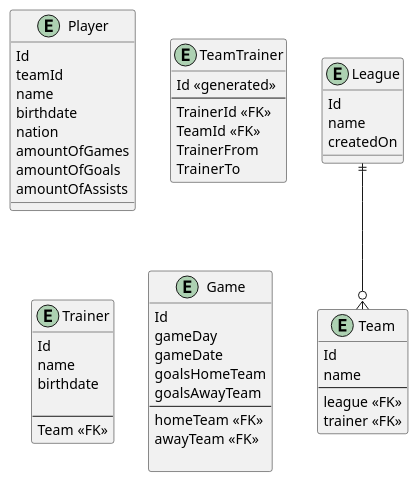
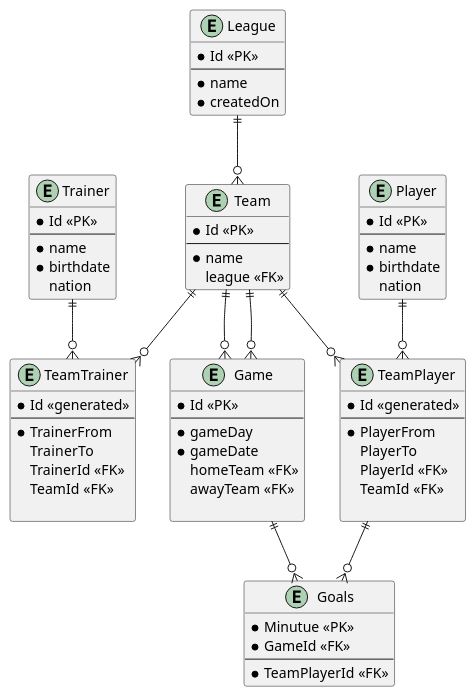
One commit to BojanTRB/nationsLeague changed the diagram in model.puml. Above: the diagram before and after it, drawn with PlantUML.

```diff
--- a/model.puml
+++ b/model.puml
@@ -1,55 +1,75 @@
 entity League{
-    Id 
-    name
-    createdOn
+    * Id <<PK>>
+    --
+    * name
+    * createdOn
 }
 
 entity Team{
-    Id 
-    name
+    * Id <<PK>>
     --
+    * name
     league <<FK>>
-    trainer <<FK>>
 }
 
 entity Player{
-    Id 
-    teamId
-    name
-    birthdate
+    * Id <<PK>>
+    --
+    * name
+    * birthdate
     nation
-    amountOfGames
-    amountOfGoals
-    amountOfAssists
 }
 
 entity TeamTrainer{
-    Id <<generated>>
+    * Id <<generated>>
     ---
+    * TrainerFrom
+    TrainerTo
     TrainerId <<FK>>
     TeamId <<FK>>
-    TrainerFrom
-    TrainerTo
+    
+}
+
+entity Goals{
+    * Minutue <<PK>>
+    * GameId <<FK>>
+    --
+    * TeamPlayerId <<FK>>
+}
+
+entity TeamPlayer{
+    * Id <<generated>>
+    ---
+    * PlayerFrom
+    PlayerTo
+    PlayerId <<FK>>
+    TeamId <<FK>>
+    
 }
 
 entity Trainer{
-    Id 
-    name 
-    birthdate 
-
+    * Id <<PK>> 
     --
-    Team <<FK>>
+    * name 
+    * birthdate 
+    nation
 }
 
 entity Game {
-    Id 
-    gameDay
-    gameDate
-    goalsHomeTeam
-    goalsAwayTeam
+    * Id <<PK>> 
     --
+    * gameDay
+    * gameDate
     homeTeam <<FK>>
     awayTeam <<FK>>
     
 }
 League ||--o{ Team
+Team ||--o{ TeamTrainer
+Team ||--o{ TeamPlayer
+Team ||--o{ Game
+Team ||--o{ Game
+Player ||--o{ TeamPlayer
+Trainer ||--o{ TeamTrainer
+Game ||--o{ Goals
+TeamPlayer ||--o{ Goals
```
